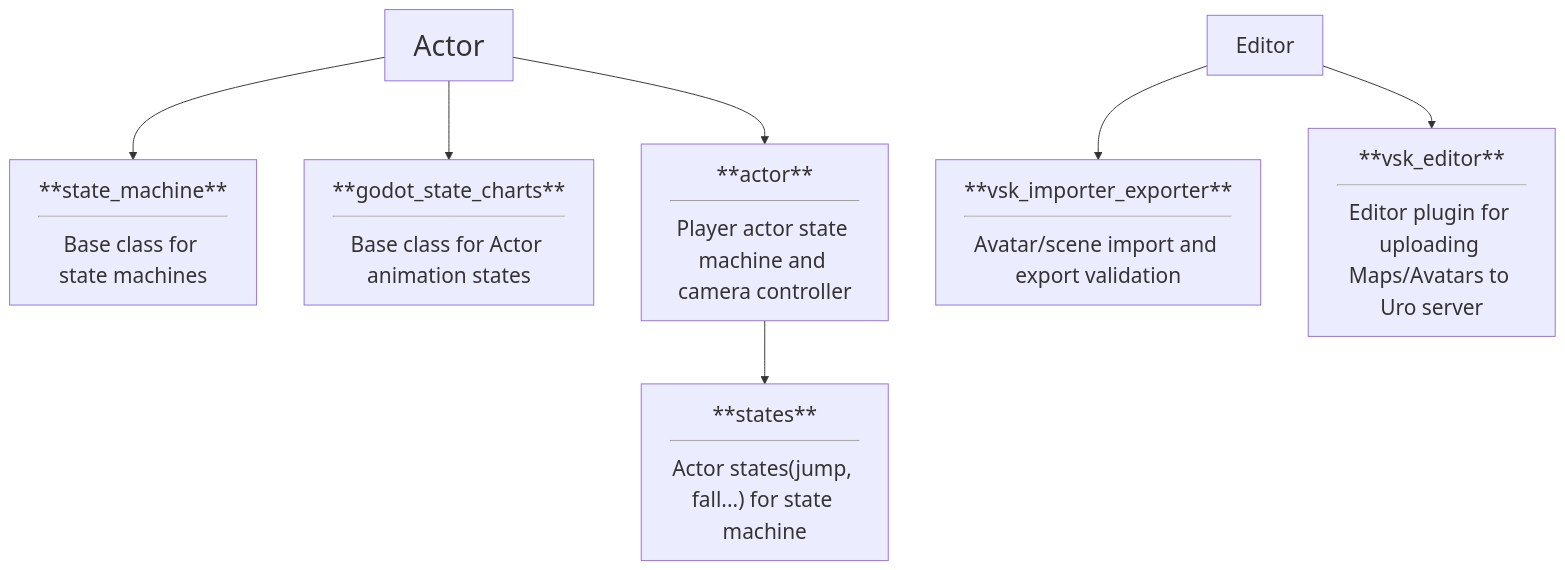
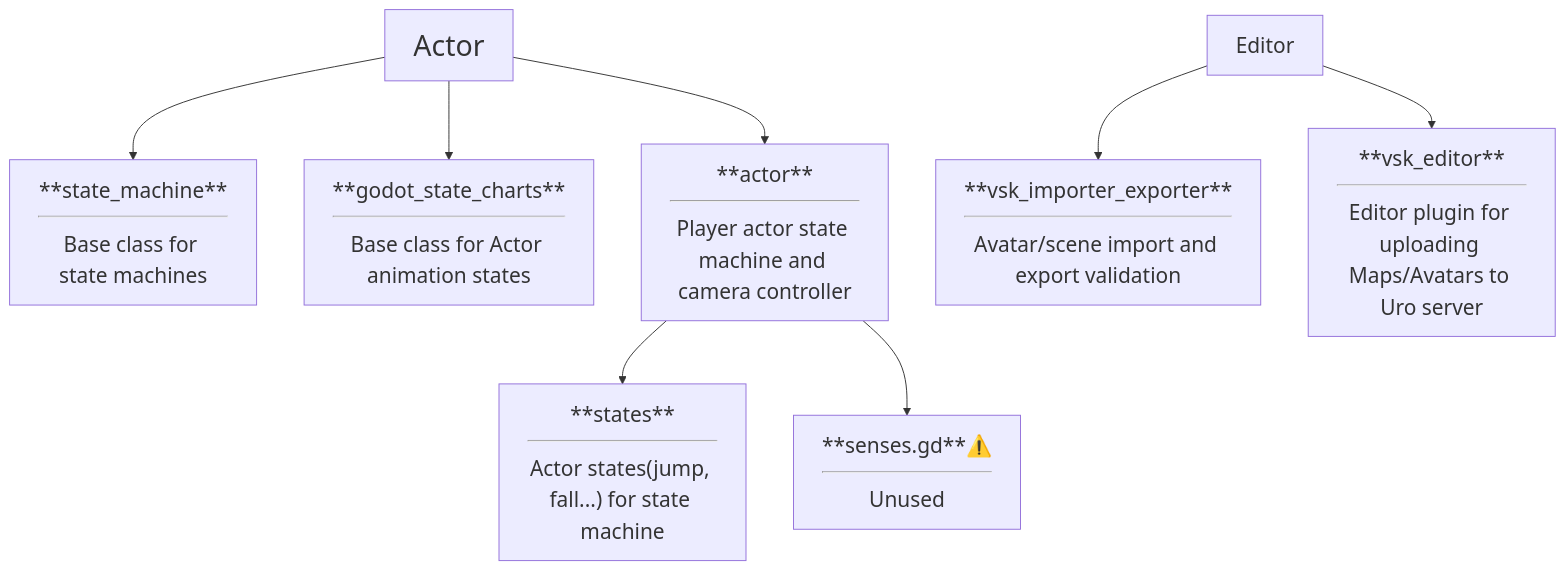
Before and after one commit to dragonhunt02/v-sekai-game: the fifth of 9 diagrams in test2.md, drawn with Mermaid. The commit also changed other lines of this file, not shown here.

````diff
--- a/test2.md
+++ b/test2.md
@@ -64,14 +66,15 @@
 ```mermaid
 %%{init: {'themeVariables': { 'fontSize': '22px' }}}%%
 flowchart TD
         Actor --> addon6[**state_machine**<hr>Base class for state machines]
         Actor --> addon27[**godot_state_charts**<hr>Base class for Actor animation states]
         Actor --> addon32[**actor**<hr>Player actor state machine and camera controller]
             addon32 --> dir1["**states**<hr>Actor states(jump, fall...) for state machine"]
+            addon32 --> dir10[**senses.gd**⚠️<hr>Unused]
         Editor --> addon33[**vsk_importer_exporter**<hr>Avatar/scene import and export validation]
         Editor --> addon34[**vsk_editor**<hr>Editor plugin for uploading Maps/Avatars to Uro server]
 
     classDef Category font-size:30px
     class Actor Category
 
 ```
````
